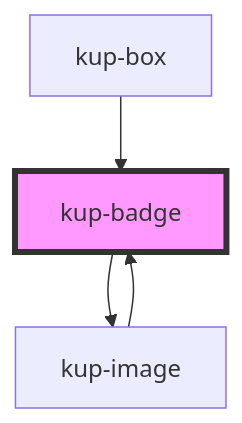
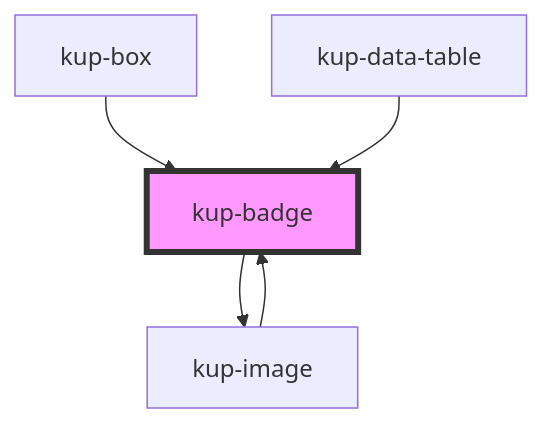
The diagram in packages/ketchup/src/components/kup-badge/readme.md (smeup/ketchup), drawn with Mermaid before and after one commit. The commit also changed other lines of this file and 11 other files, not shown here.

````diff
--- a/packages/ketchup/src/components/kup-badge/readme.md
+++ b/packages/ketchup/src/components/kup-badge/readme.md
@@ -47,7 +48,8 @@
 ```mermaid
 graph TD;
   kup-badge --> kup-image
   kup-image --> kup-badge
   kup-box --> kup-badge
+  kup-data-table --> kup-badge
   style kup-badge fill:#f9f,stroke:#333,stroke-width:4px
 ```
````
